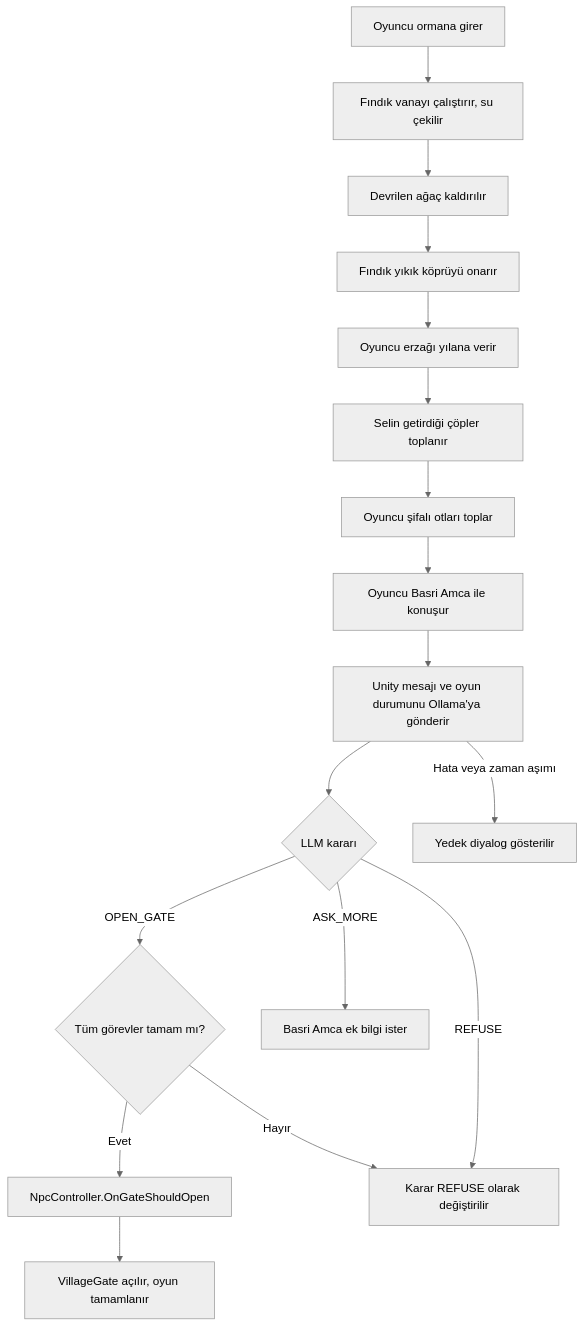
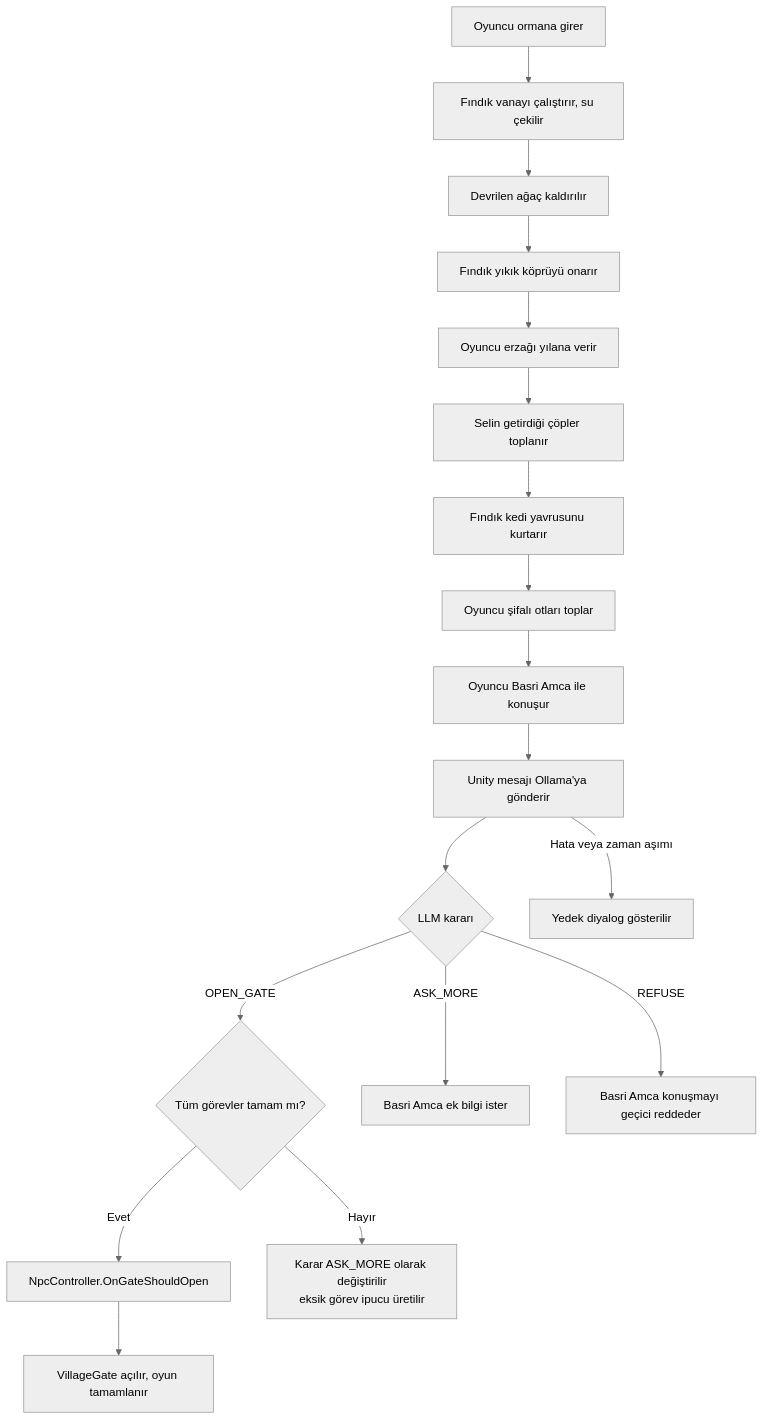
One commit to arihatice92-lab/Kucuk-Otaci changed the second of 2 diagrams in README.md. Above: the diagram before and after it, drawn with Mermaid (neutral theme). The commit also changed other lines of this file and 1 other file, not shown here.

````diff
--- a/README.md
+++ b/README.md
@@ -124,19 +153,20 @@
 ```mermaid
 flowchart TD
     A[Oyuncu ormana girer] --> B[Fındık vanayı çalıştırır, su çekilir]
     B --> C[Devrilen ağaç kaldırılır]
     C --> D[Fındık yıkık köprüyü onarır]
     D --> E[Oyuncu erzağı yılana verir]
     E --> F[Selin getirdiği çöpler toplanır]
-    F --> G[Oyuncu şifalı otları toplar]
+    F --> F2[Fındık kedi yavrusunu kurtarır]
+    F2 --> G[Oyuncu şifalı otları toplar]
     G --> H[Oyuncu Basri Amca ile konuşur]
-    H --> I[Unity mesajı ve oyun durumunu Ollama'ya gönderir]
+    H --> I[Unity mesajı Ollama'ya gönderir]
     I --> J{LLM kararı}
     J -->|OPEN_GATE| K{Tüm görevler tamam mı?}
     K -->|Evet| L[NpcController.OnGateShouldOpen]
     L --> M[VillageGate açılır, oyun tamamlanır]
-    K -->|Hayır| N[Karar REFUSE olarak değiştirilir]
+    K -->|Hayır| N[Karar ASK_MORE olarak değiştirilir<br/>eksik görev ipucu üretilir]
     J -->|ASK_MORE| O[Basri Amca ek bilgi ister]
-    J -->|REFUSE| N
+    J -->|REFUSE| R[Basri Amca konuşmayı geçici reddeder]
     I -->|Hata veya zaman aşımı| P[Yedek diyalog gösterilir]
 ```
````
